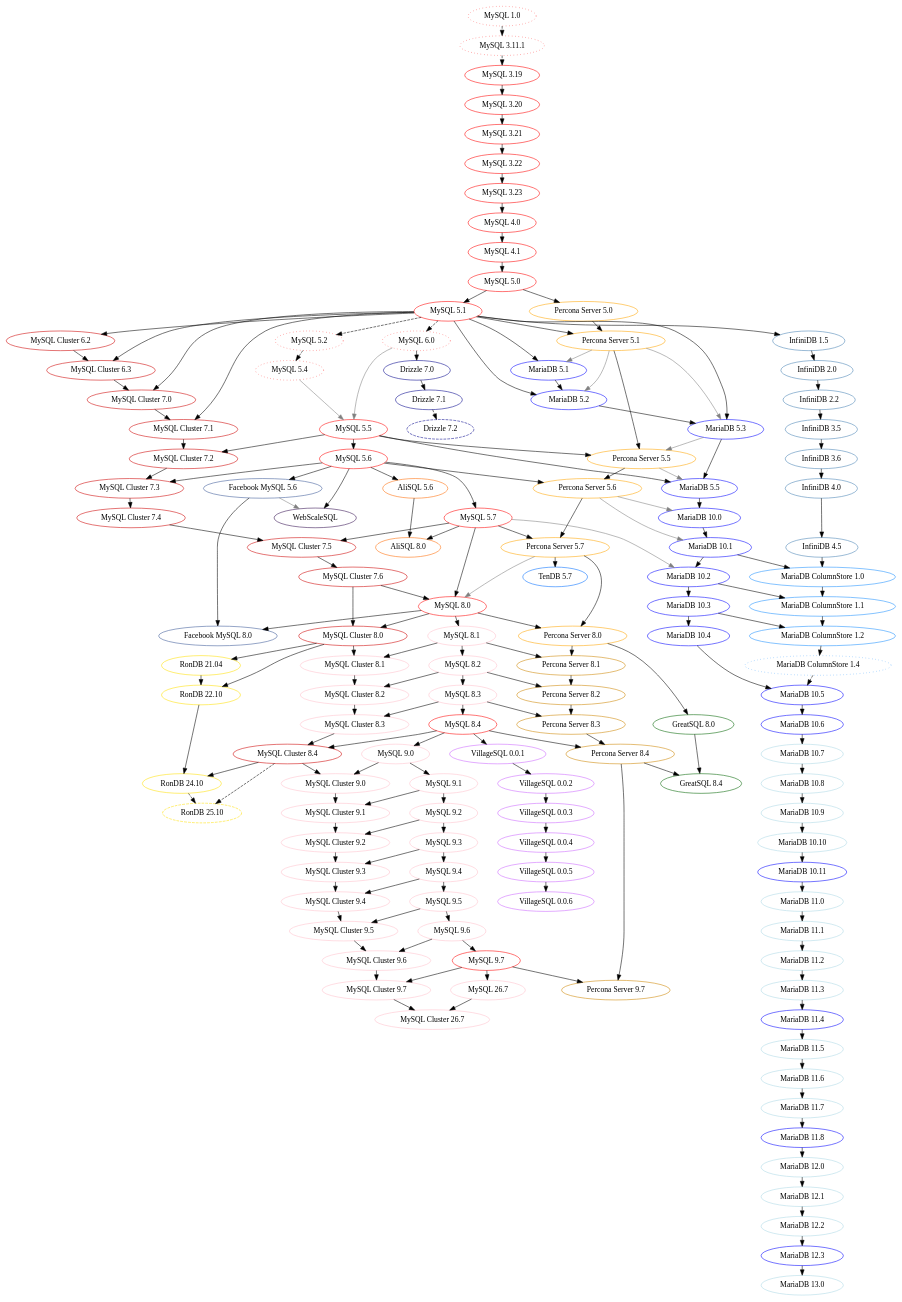
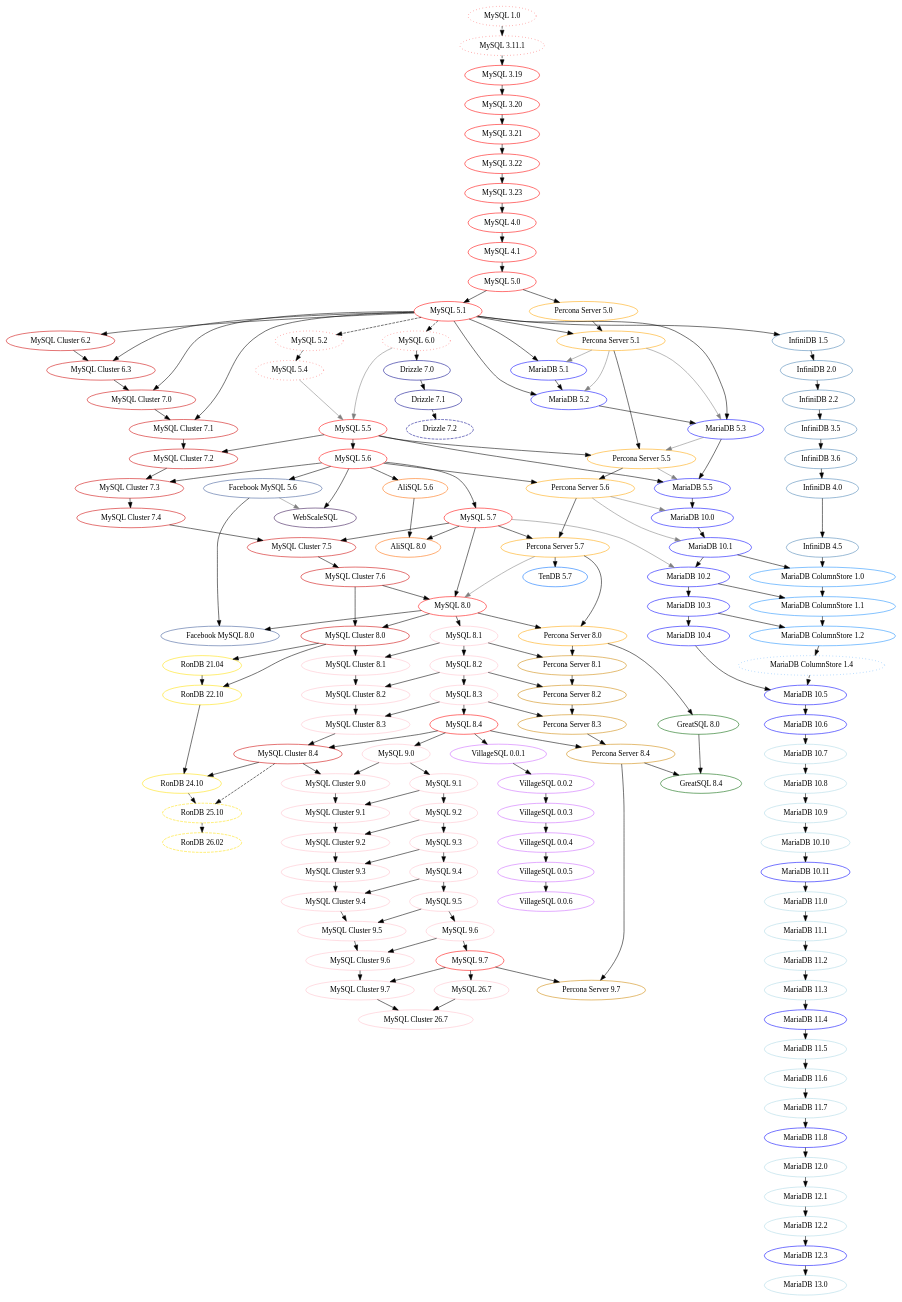
One commit to dveeden/mysql-history-graph changed the diagram in mysql-history-graph.dot. Above: the diagram before and after it, drawn with Graphviz. The commit also changed 2 other files, not shown here.

Commit message:
Add RonDB 26.02

```diff
--- a/mysql-history-graph.dot
+++ b/mysql-history-graph.dot
@@ -339,9 +339,11 @@
 	"RonDB 22.10" [color="#ffdf00"];
 	"RonDB 24.10" [color="#ffdf00"]
 	"RonDB 25.10" [color="#ffdf00", style="dashed"]
+	"RonDB 26.02" [color="#ffdf00", style="dashed"]
 	"RonDB 21.04" -> "RonDB 22.10";
 	"RonDB 22.10" -> "RonDB 24.10";
 	"RonDB 24.10" -> "RonDB 25.10" [style="dashed"];
+	"RonDB 25.10" -> "RonDB 26.02" [style="dashed"];
 	"MySQL Cluster 8.0" -> "RonDB 21.04";
 	"MySQL Cluster 8.0" -> "RonDB 22.10";
 	"MySQL Cluster 8.4" -> "RonDB 24.10";
```
